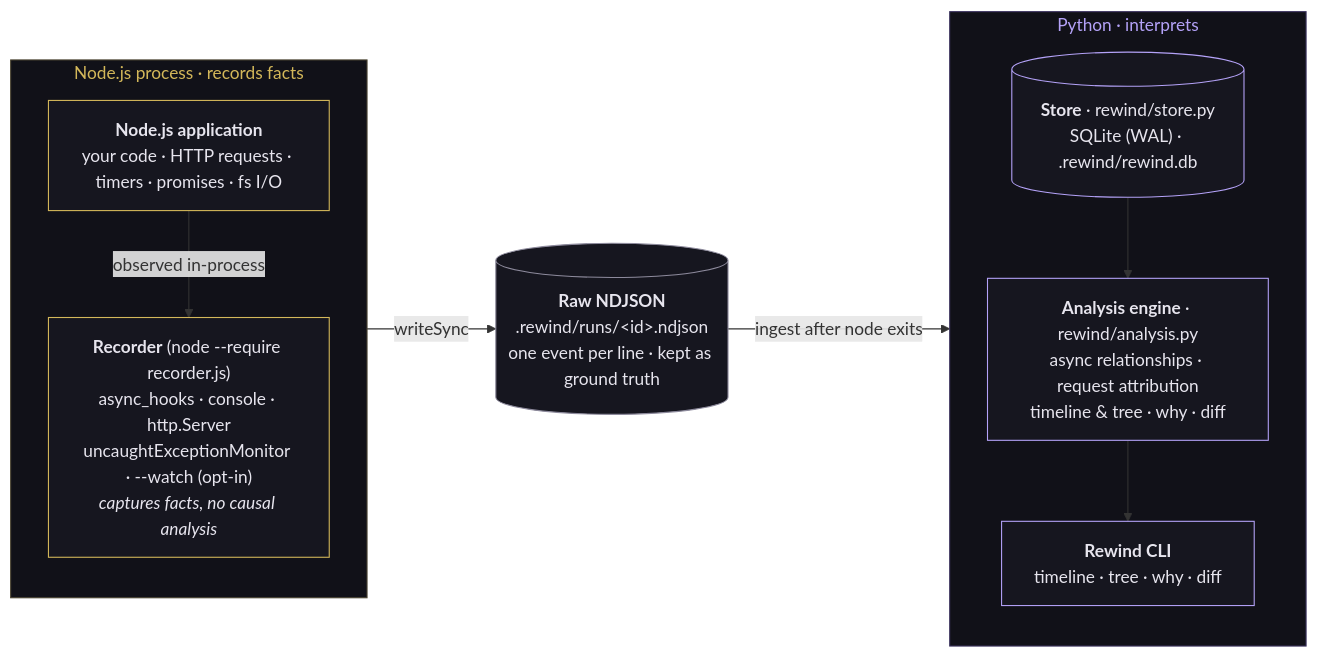
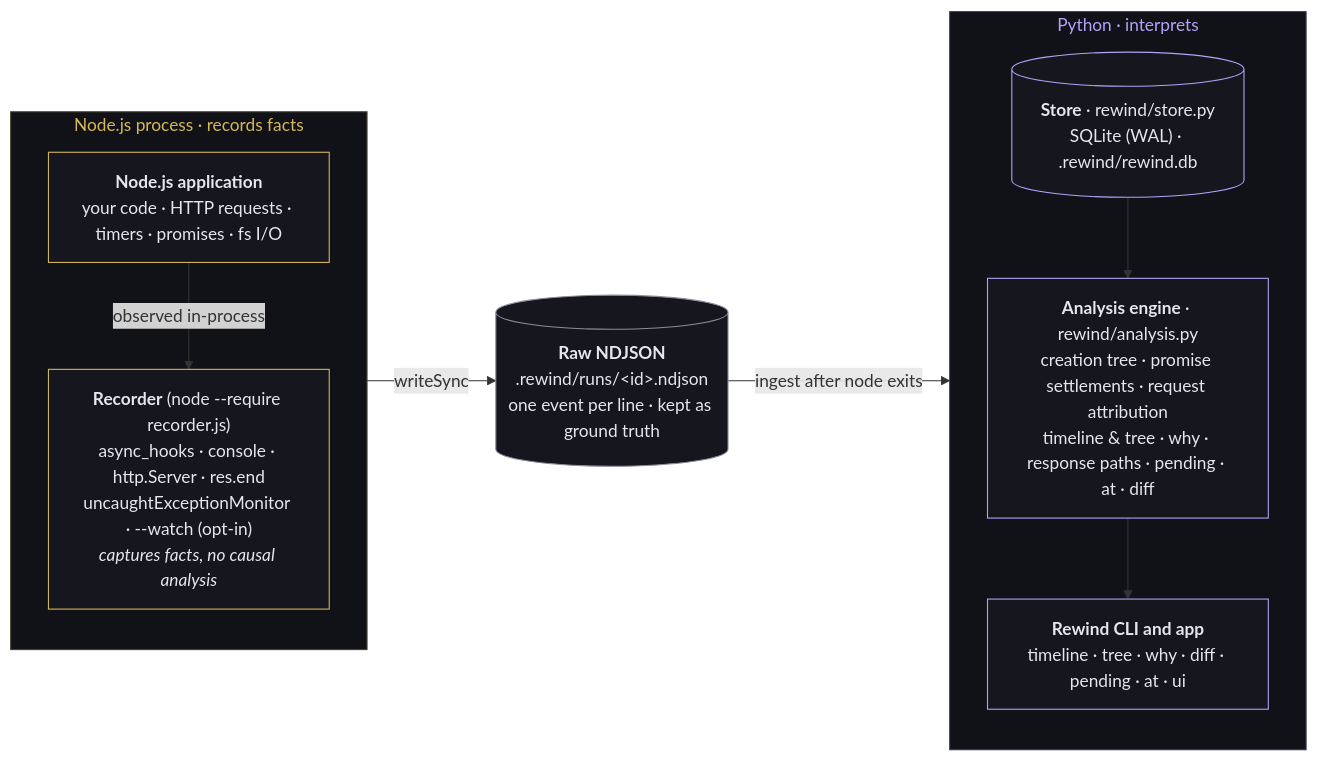
The diagram in docs/assets/architecture.mmd (dangerousEnigma1827/Rewind), drawn with Mermaid before and after one commit. The commit also changed 3 other files, not shown here.

First line of the commit message:
docs: architecture diagram and overview for creation links and all commands

```diff
--- a/docs/assets/architecture.mmd
+++ b/docs/assets/architecture.mmd
@@ -1,31 +1,31 @@
 %% Rewind architecture. Source of truth: docs/ARCHITECTURE.md.
 %% The Node.js side only records facts. All interpretation happens in Python.
 flowchart LR
     subgraph NODE["Node.js process · records facts"]
         direction TB
         APP["<b>Node.js application</b><br/>your code · HTTP requests · timers · promises · fs I/O"]
-        REC["<b>Recorder</b> (node --require recorder.js)<br/>async_hooks · console · http.Server<br/>uncaughtExceptionMonitor · --watch (opt-in)<br/><i>captures facts, no causal analysis</i>"]
+        REC["<b>Recorder</b> (node --require recorder.js)<br/>async_hooks · console · http.Server · res.end<br/>uncaughtExceptionMonitor · --watch (opt-in)<br/><i>captures facts, no causal analysis</i>"]
         APP -- observed in-process --> REC
     end
 
     RAW[("<b>Raw NDJSON</b><br/>.rewind/runs/&lt;id&gt;.ndjson<br/>one event per line · kept as ground truth")]
 
     subgraph PY["Python · interprets"]
         direction TB
         STORE[("<b>Store</b> · rewind/store.py<br/>SQLite (WAL) · .rewind/rewind.db")]
-        ANA["<b>Analysis engine</b> · rewind/analysis.py<br/>async relationships · request attribution<br/>timeline &amp; tree · why · diff"]
-        CLI["<b>Rewind CLI</b><br/>timeline · tree · why · diff"]
+        ANA["<b>Analysis engine</b> · rewind/analysis.py<br/>creation tree · promise settlements · request attribution<br/>timeline &amp; tree · why · response paths · pending · at · diff"]
+        CLI["<b>Rewind CLI and app</b><br/>timeline · tree · why · diff · pending · at · ui"]
         STORE --> ANA --> CLI
     end
 
     REC -- writeSync --> RAW
     RAW -- ingest after node exits --> STORE
 
     classDef nodeSide fill:#16161f,stroke:#d4b85a,color:#e7e5ee
     classDef py fill:#16161f,stroke:#b4a2f8,color:#e7e5ee
     classDef disk fill:#16161f,stroke:#8d8a9c,color:#e7e5ee
     class APP,REC nodeSide
     class STORE,ANA,CLI py
     class RAW disk
     style NODE fill:#111118,stroke:#4a4330,color:#d4b85a
     style PY fill:#111118,stroke:#3d3460,color:#b4a2f8
```
